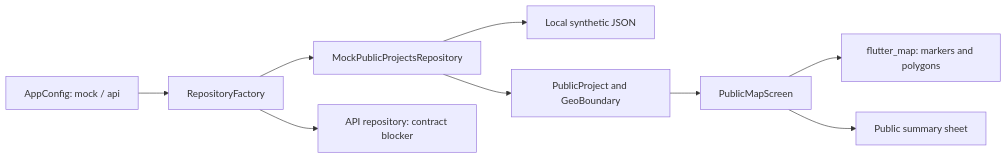
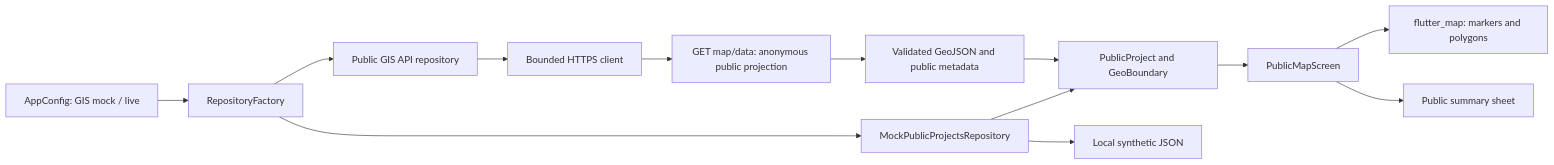
Before and after one commit to tisIdea/AssocMap: the diagram in mobile/docs/mobile-architecture.md, drawn with Mermaid. The commit also changed other lines of this file and 110 other files, not shown here.

````diff
--- a/mobile/docs/mobile-architecture.md
+++ b/mobile/docs/mobile-architecture.md
@@ -38,11 +41,15 @@
 ```mermaid
 flowchart LR
-    Config[AppConfig: mock / api] --> Factory[RepositoryFactory]
+    Config[AppConfig: GIS mock / live] --> Factory[RepositoryFactory]
     Factory --> Mock[MockPublicProjectsRepository]
-    Factory --> Remote[API repository: contract blocker]
+    Factory --> Remote[Public GIS API repository]
+    Remote --> Client[Bounded HTTPS client]
+    Client --> Laravel[GET map/data: anonymous public projection]
+    Laravel --> DTO[Validated GeoJSON and public metadata]
+    DTO --> Model
     Mock --> Asset[Local synthetic JSON]
     Mock --> Model[PublicProject and GeoBoundary]
     Model --> Screen[PublicMapScreen]
     Screen --> Map[flutter_map: markers and polygons]
     Screen --> Details[Public summary sheet]
 ```
````
